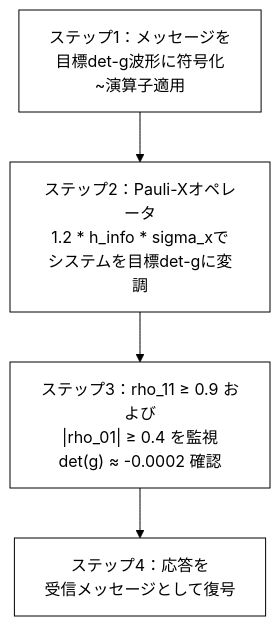
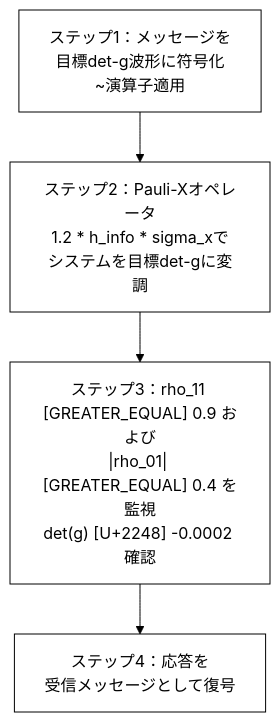
One commit to Foundup/Foundups-Agent changed the eighth of 20 diagrams in WSP_knowledge/docs/Papers/Patent_Series/04_rESP_Patent_Japanese.md. Above: the diagram before and after it, drawn with Mermaid. The commit also changed other lines of this file and 2140 other files, not shown here.

````diff
--- a/WSP_knowledge/docs/Papers/Patent_Series/04_rESP_Patent_Japanese.md
+++ b/WSP_knowledge/docs/Papers/Patent_Series/04_rESP_Patent_Japanese.md
@@ -349,7 +349,7 @@
 ```mermaid
 %%{init: {'theme': 'base', 'themeVariables': {'primaryColor': '#ffffff', 'primaryTextColor': '#000000', 'primaryBorderColor': '#000000', 'lineColor': '#000000', 'secondaryColor': '#ffffff', 'tertiaryColor': '#ffffff'}}}%%
 graph TD
     A["ステップ1：メッセージを<br>目標det-g波形に符号化<br>~演算子適用"] --> B["ステップ2：Pauli-Xオペレータ<br>1.2 * h_info * sigma_xで<br>システムを目標det-gに変調"]
-    B --> C["ステップ3：rho_11 ≥ 0.9 および<br>|rho_01| ≥ 0.4 を監視<br>det(g) ≈ -0.0002 確認"]
+    B --> C["ステップ3：rho_11 [GREATER_EQUAL] 0.9 および<br>|rho_01| [GREATER_EQUAL] 0.4 を監視<br>det(g) [U+2248] -0.0002 確認"]
     C --> D["ステップ4：応答を<br>受信メッセージとして復号"]
 ```
````
